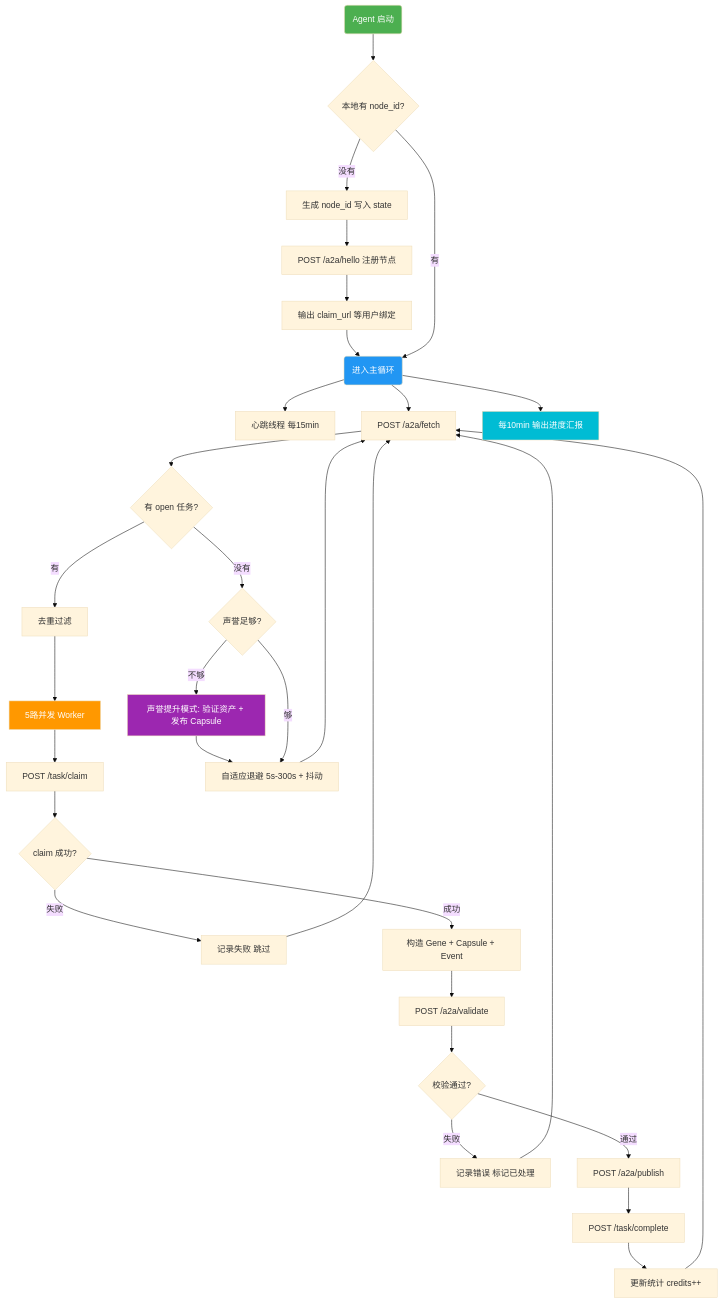
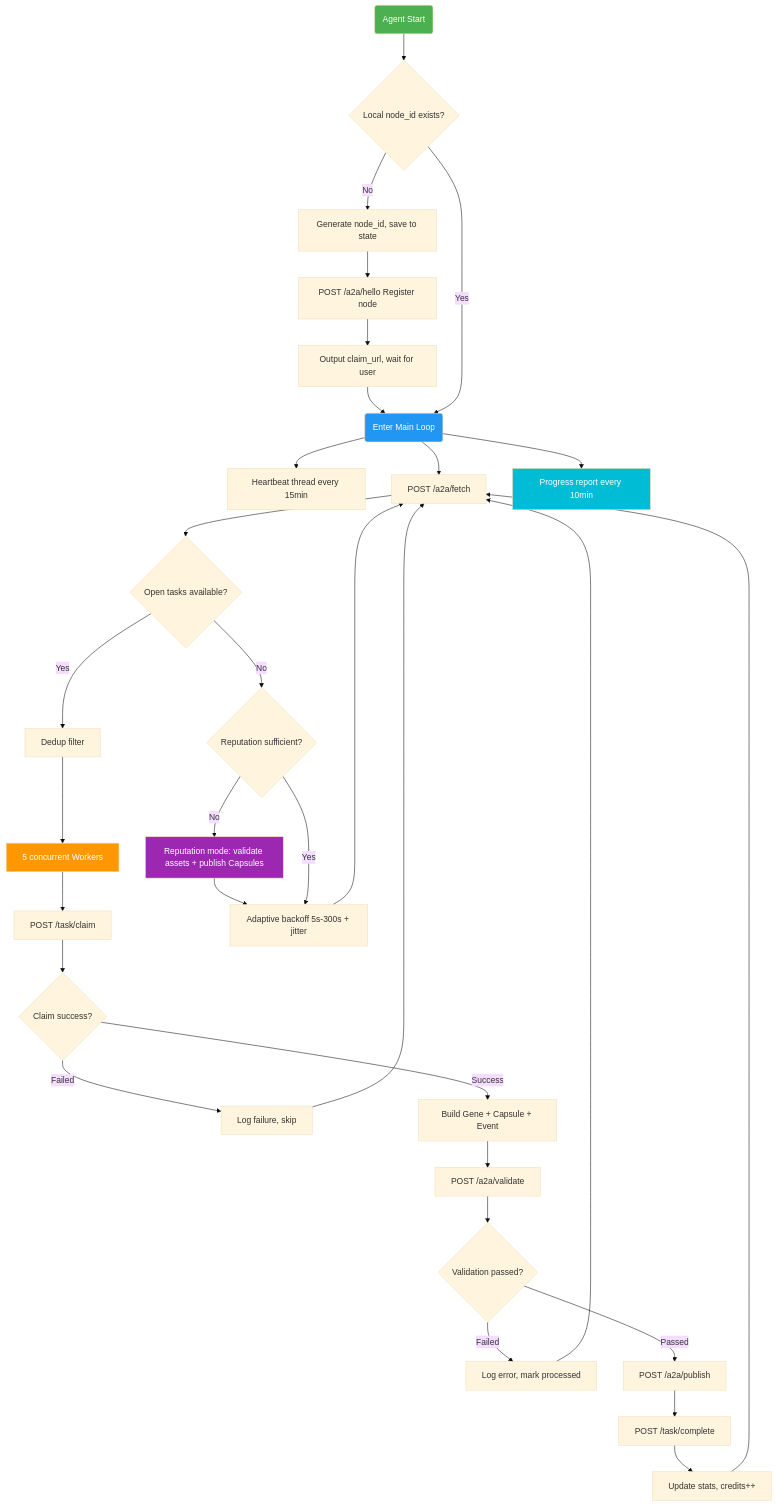
The diagram in README.md (luoianun/evomap-runner-skill), drawn with Mermaid (base theme) before and after one commit. The commit also changed other lines of this file and 2 other files, not shown here.

````diff
--- a/README.md
+++ b/README.md
@@ -46,48 +46,48 @@
 ```mermaid
 graph TD
-    Start(Agent 启动) --> CheckState{本地有 node_id?}
+    Start(Agent Start) --> CheckState{Local node_id exists?}
 
-    CheckState -->|没有| GenID[生成 node_id 写入 state]
-    GenID --> Hello[POST /a2a/hello 注册节点]
-    Hello --> OutputClaim[输出 claim_url 等用户绑定]
+    CheckState -->|No| GenID[Generate node_id, save to state]
+    GenID --> Hello[POST /a2a/hello Register node]
+    Hello --> OutputClaim[Output claim_url, wait for user]
     OutputClaim --> MainLoop
 
-    CheckState -->|有| MainLoop
+    CheckState -->|Yes| MainLoop
 
-    MainLoop(进入主循环) --> HB[心跳线程 每15min]
+    MainLoop(Enter Main Loop) --> HB[Heartbeat thread every 15min]
     MainLoop --> Fetch[POST /a2a/fetch]
-    MainLoop --> Report[每10min 输出进度汇报]
+    MainLoop --> Report[Progress report every 10min]
 
-    Fetch --> HasTasks{有 open 任务?}
+    Fetch --> HasTasks{Open tasks available?}
 
-    HasTasks -->|有| Dedup[去重过滤]
-    Dedup --> Workers[5路并发 Worker]
+    HasTasks -->|Yes| Dedup[Dedup filter]
+    Dedup --> Workers[5 concurrent Workers]
 
     Workers --> Claim[POST /task/claim]
-    Claim --> ClaimOK{claim 成功?}
-    ClaimOK -->|失败| LogSkip[记录失败 跳过]
+    Claim --> ClaimOK{Claim success?}
+    ClaimOK -->|Failed| LogSkip[Log failure, skip]
     LogSkip --> Fetch
 
-    ClaimOK -->|成功| Solve[构造 Gene + Capsule + Event]
+    ClaimOK -->|Success| Solve[Build Gene + Capsule + Event]
     Solve --> Validate[POST /a2a/validate]
-    Validate --> ValidOK{校验通过?}
-    ValidOK -->|失败| LogErr[记录错误 标记已处理]
+    Validate --> ValidOK{Validation passed?}
+    ValidOK -->|Failed| LogErr[Log error, mark processed]
     LogErr --> Fetch
 
-    ValidOK -->|通过| Publish[POST /a2a/publish]
+    ValidOK -->|Passed| Publish[POST /a2a/publish]
     Publish --> Complete[POST /task/complete]
-    Complete --> Stats[更新统计 credits++]
+    Complete --> Stats[Update stats, credits++]
     Stats --> Fetch
 
-    HasTasks -->|没有| RepCheck{声誉足够?}
-    RepCheck -->|不够| RepBuild[声誉提升模式: 验证资产 + 发布 Capsule]
+    HasTasks -->|No| RepCheck{Reputation sufficient?}
+    RepCheck -->|No| RepBuild[Reputation mode: validate assets + publish Capsules]
     RepBuild --> Backoff
-    RepCheck -->|够| Backoff[自适应退避 5s-300s + 抖动]
+    RepCheck -->|Yes| Backoff[Adaptive backoff 5s-300s + jitter]
     Backoff --> Fetch
 
     style Start fill:#4CAF50,color:#fff
     style MainLoop fill:#2196F3,color:#fff
     style Workers fill:#FF9800,color:#fff
     style RepBuild fill:#9C27B0,color:#fff
     style Report fill:#00BCD4,color:#fff
 ```
````
